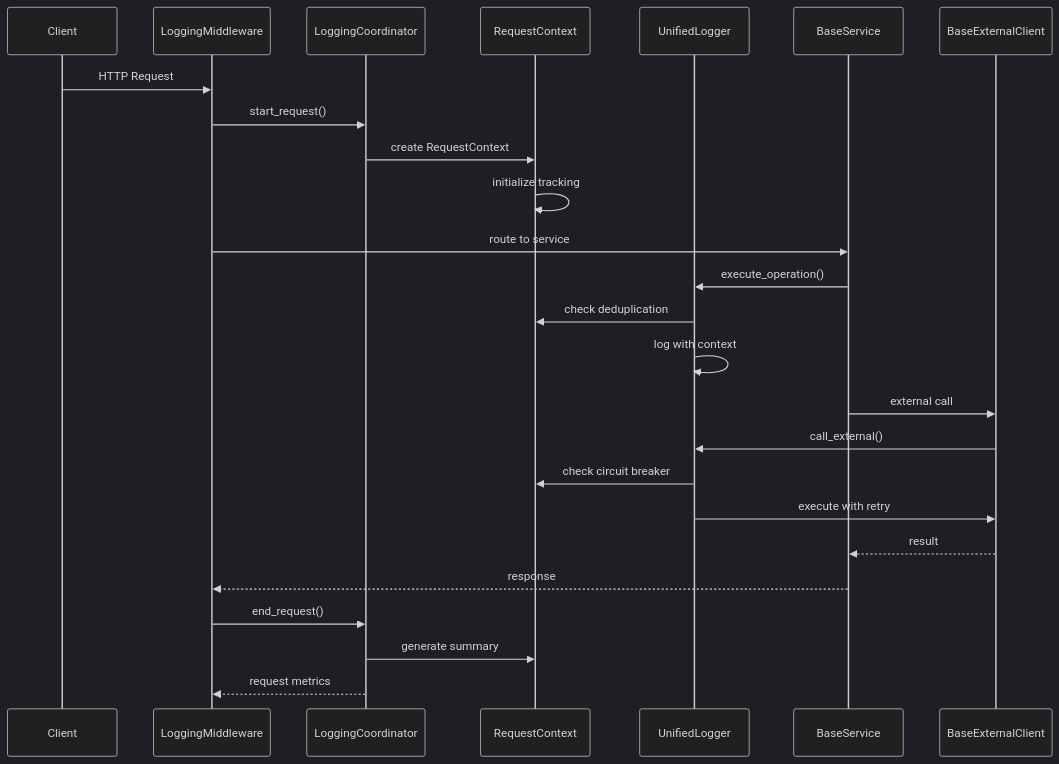
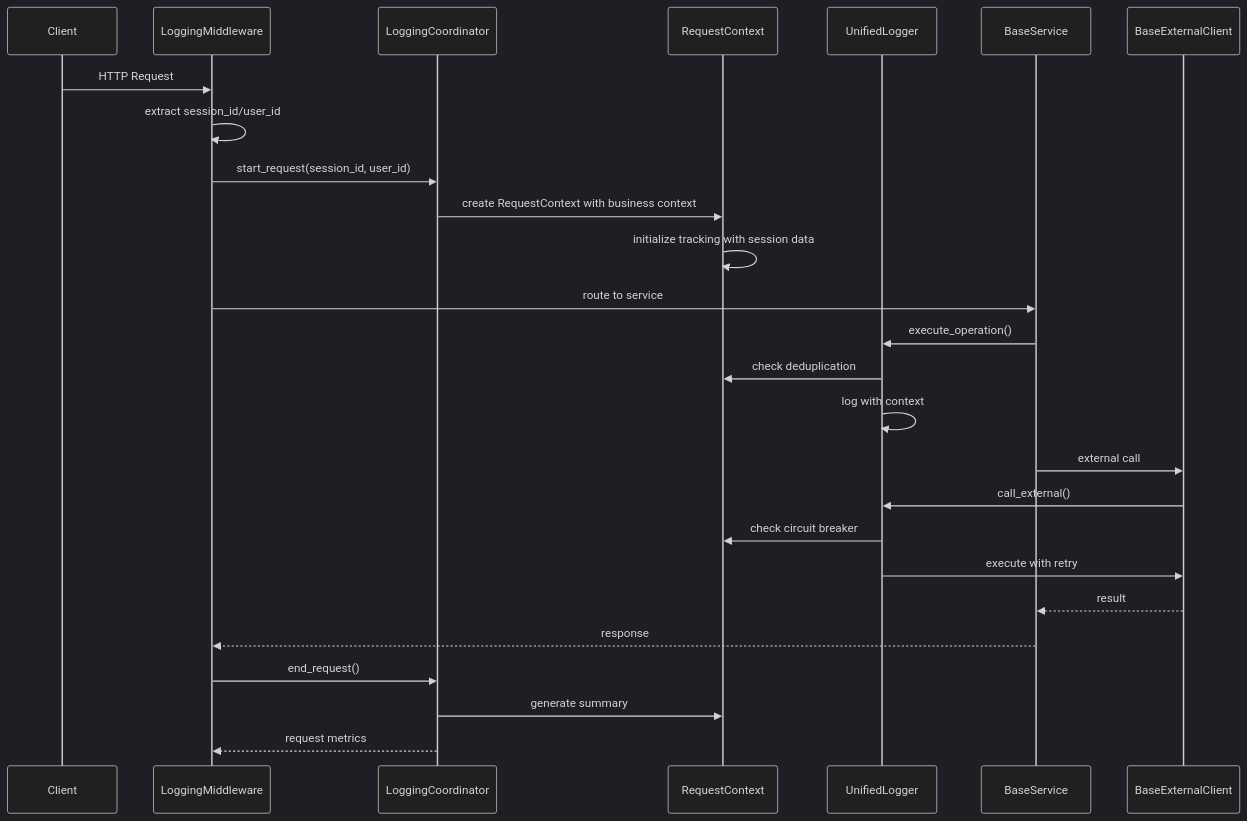
Before and after one commit to FaultMaven/FaultMaven-Mono: the second of 7 diagrams in docs/logging/architecture.md, drawn with Mermaid (dark theme). The commit also changed other lines of this file and 136 other files, not shown here.

First line of the commit message:
feat: complete logging system implementation and architectural purification

````diff
--- a/docs/logging/architecture.md
+++ b/docs/logging/architecture.md
@@ -55,31 +57,32 @@
 ```mermaid
 sequenceDiagram
     participant Client
     participant Middleware as LoggingMiddleware
     participant Coordinator as LoggingCoordinator
     participant Context as RequestContext
     participant Logger as UnifiedLogger
     participant Service as BaseService
     participant Infrastructure as BaseExternalClient
     
     Client->>Middleware: HTTP Request
-    Middleware->>Coordinator: start_request()
-    Coordinator->>Context: create RequestContext
-    Context->>Context: initialize tracking
+    Middleware->>Middleware: extract session_id/user_id
+    Middleware->>Coordinator: start_request(session_id, user_id)
+    Coordinator->>Context: create RequestContext with business context
+    Context->>Context: initialize tracking with session data
     
     Middleware->>Service: route to service
     Service->>Logger: execute_operation()
     Logger->>Context: check deduplication
     Logger->>Logger: log with context
     
     Service->>Infrastructure: external call
     Infrastructure->>Logger: call_external()
     Logger->>Context: check circuit breaker
     Logger->>Infrastructure: execute with retry
     
     Infrastructure-->>Service: result
     Service-->>Middleware: response
     Middleware->>Coordinator: end_request()
     Coordinator->>Context: generate summary
     Coordinator-->>Middleware: request metrics
 ```
````
